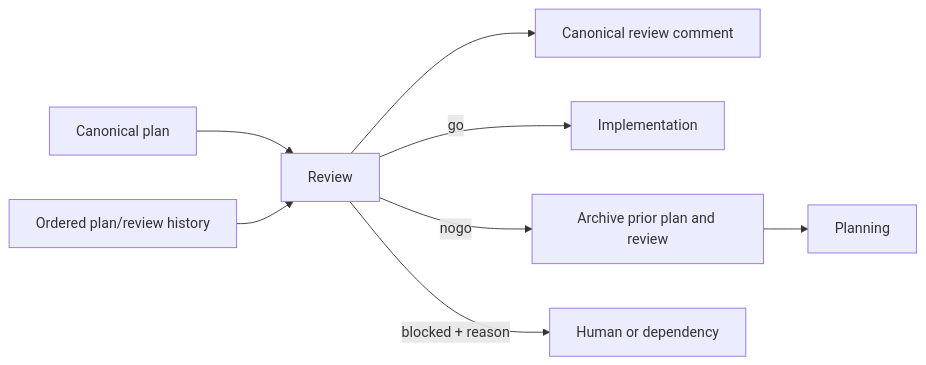
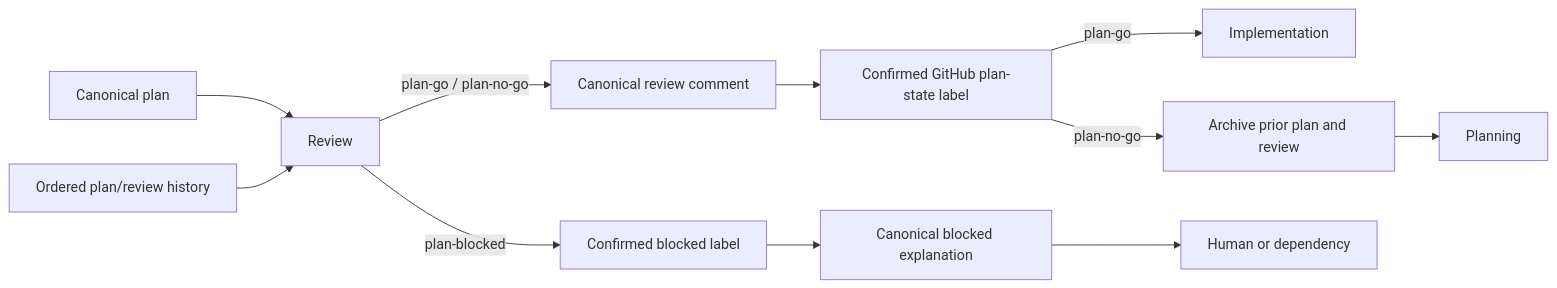
One commit to HomericIntelligence/Hephaestus changed the seventh of 16 diagrams in docs/architecture.md. Above: the diagram before and after it, drawn with Mermaid. The commit also changed other lines of this file and 29 other files, not shown here.

````diff
--- a/docs/architecture.md
+++ b/docs/architecture.md
@@ -633,10 +644,13 @@
 ```mermaid
 flowchart LR
     Plan["Canonical plan"] --> Review
     History["Ordered plan/review history"] --> Review
-    Review --> CanonicalReview["Canonical review comment"]
-    Review -->|"go"| Implementation
-    Review -->|"nogo"| Archive["Archive prior plan and review"]
+    Review -->|"plan-go / plan-no-go"| CanonicalReview["Canonical review comment"]
+    CanonicalReview --> Label["Confirmed GitHub plan-state label"]
+    Review -->|"plan-blocked"| BlockLatch["Confirmed blocked label"]
+    BlockLatch --> BlockAudit["Canonical blocked explanation"]
+    Label -->|"plan-go"| Implementation
+    Label -->|"plan-no-go"| Archive["Archive prior plan and review"]
     Archive --> Planning
-    Review -->|"blocked + reason"| External["Human or dependency"]
+    BlockAudit --> External["Human or dependency"]
 ```
````
